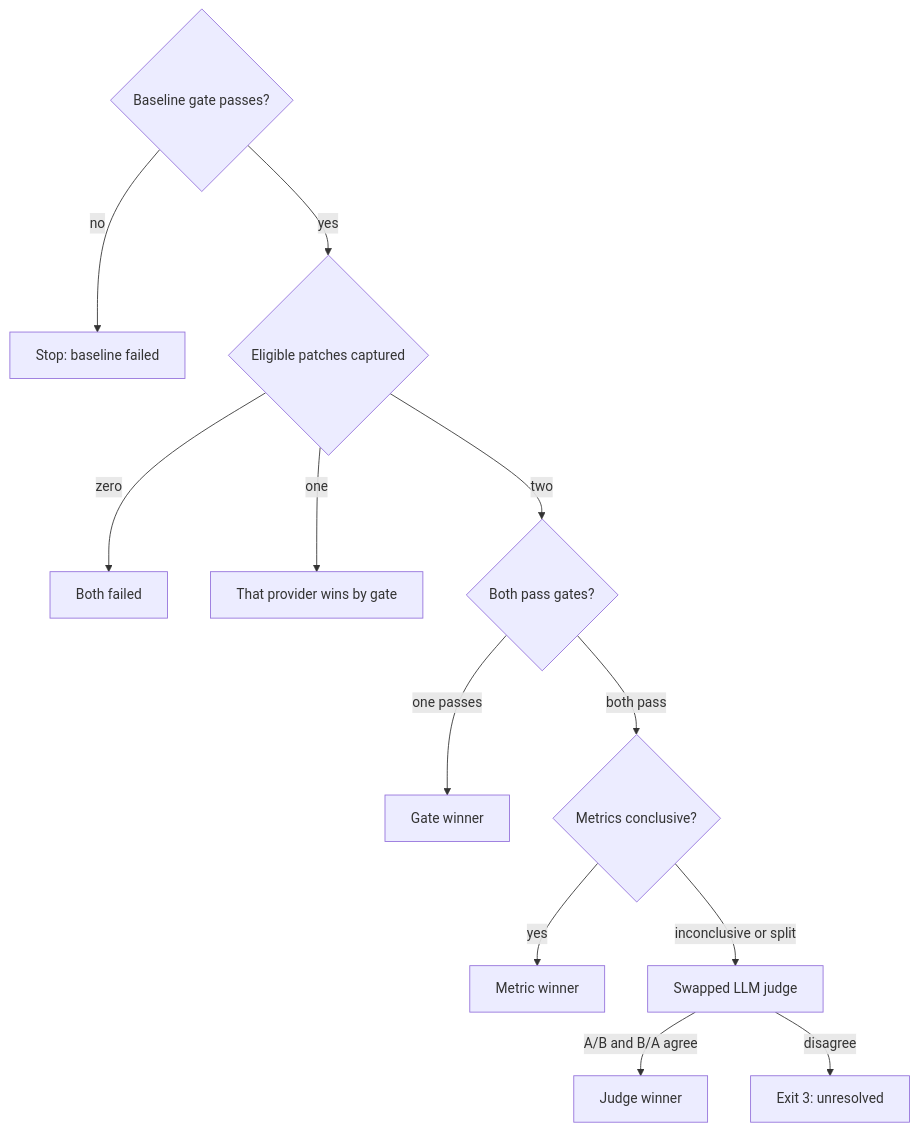
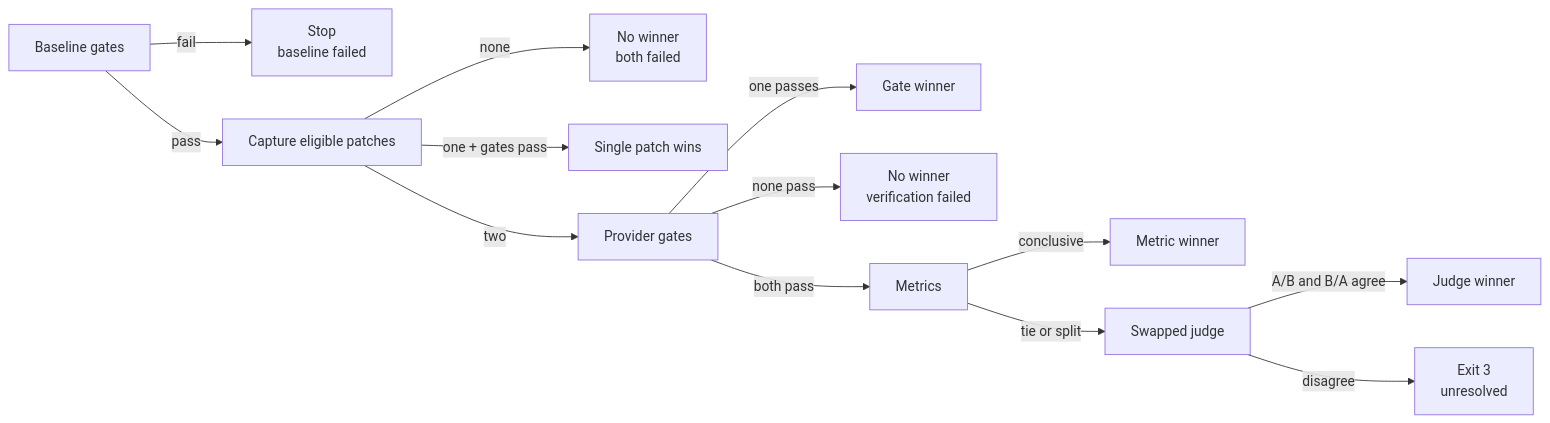
One commit to mstefanko/claude-plugins changed the third of 3 diagrams in bakeoff/README.md. Above: the diagram before and after it, drawn with Mermaid. The commit also changed other lines of this file, not shown here.

````diff
--- a/bakeoff/README.md
+++ b/bakeoff/README.md
@@ -141,14 +136,15 @@
 ```mermaid
-flowchart TD
-    BL{Baseline gate passes?} -->|no| EX1[Stop: baseline failed]
-    BL -->|yes| PAT{Eligible patches captured}
-    PAT -->|zero| EX2[Both failed]
-    PAT -->|one| GA1[That provider wins by gate]
-    PAT -->|two| GA{Both pass gates?}
-    GA -->|one passes| GA2[Gate winner]
-    GA -->|both pass| ME{Metrics conclusive?}
-    ME -->|yes| ME1[Metric winner]
-    ME -->|inconclusive or split| JU[Swapped LLM judge]
-    JU -->|A/B and B/A agree| JU1[Judge winner]
-    JU -->|disagree| JU2[Exit 3: unresolved]
+flowchart LR
+    BL[Baseline gates] -->|fail| BF[Stop<br/>baseline failed]
+    BL -->|pass| CAP[Capture eligible patches]
+    CAP -->|none| NONE[No winner<br/>both failed]
+    CAP -->|one + gates pass| ONE[Single patch wins]
+    CAP -->|two| GATE[Provider gates]
+    GATE -->|one passes| GW[Gate winner]
+    GATE -->|none pass| VF[No winner<br/>verification failed]
+    GATE -->|both pass| METRIC[Metrics]
+    METRIC -->|conclusive| MW[Metric winner]
+    METRIC -->|tie or split| JUDGE[Swapped judge]
+    JUDGE -->|A/B and B/A agree| JW[Judge winner]
+    JUDGE -->|disagree| UN[Exit 3<br/>unresolved]
 ```
````
